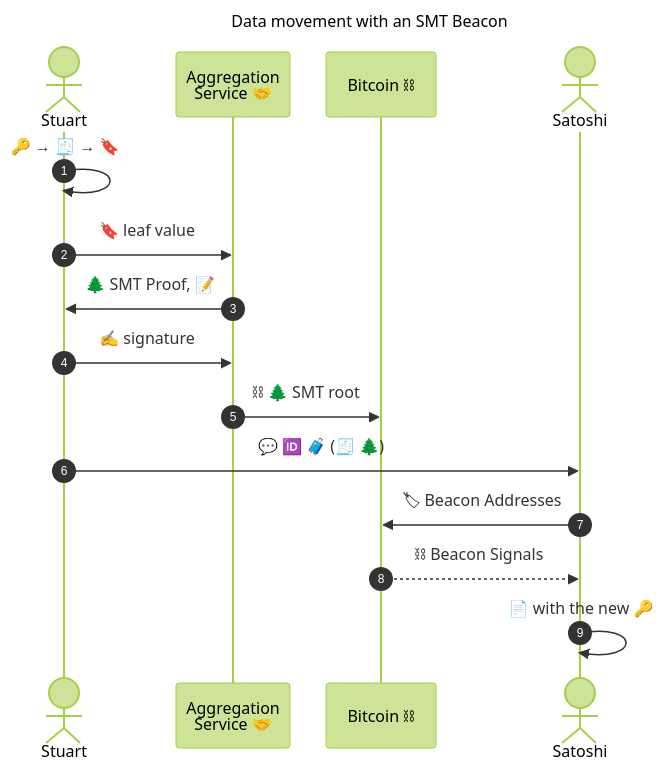
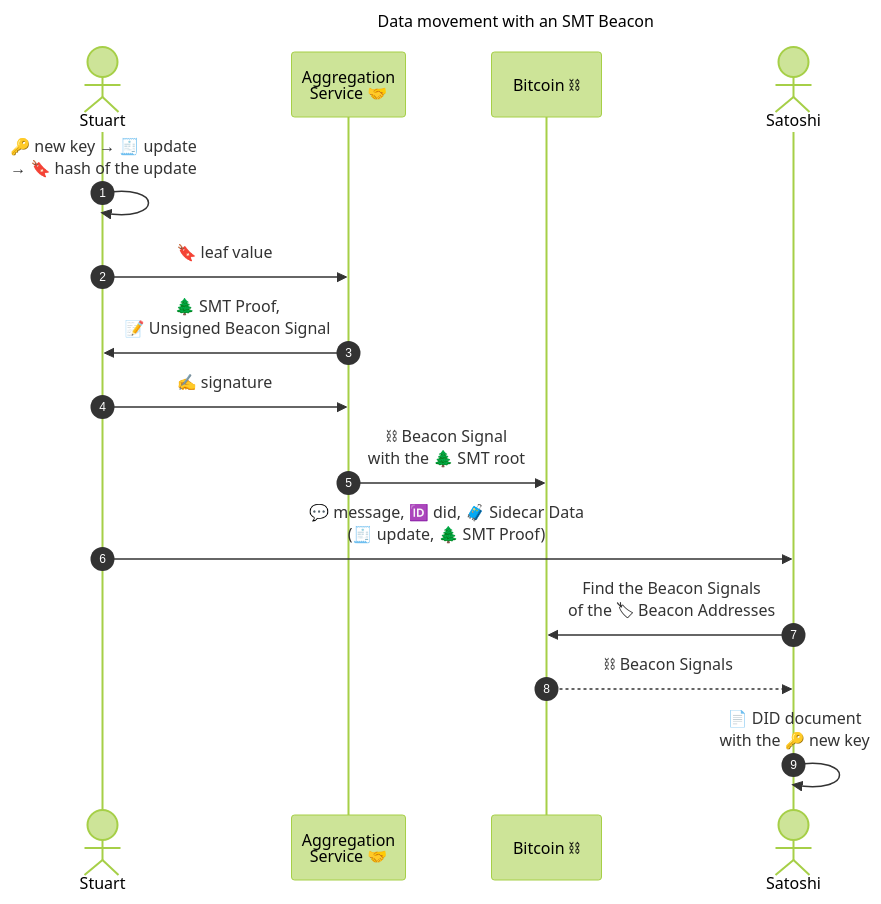
The diagram in public/diagrams/use-case/data-movement.mmd (dcdpr/website-btcr2-dev), drawn with Mermaid (forest theme) before and after one commit. The commit also changed 3 other files, not shown here.

First line of the commit message:
docs(diagrams): name the data in each message, not only icons

```diff
--- a/public/diagrams/use-case/data-movement.mmd
+++ b/public/diagrams/use-case/data-movement.mmd
@@ -1,28 +1,28 @@
 ---
 title: Data movement with an SMT Beacon
 config:
   sequence:
     actorMargin: 20
     width: 110
 ---
 
-%% Each message shows the icons of the data that moves. The page has the legend:
+%% Each message names the data that moves. An icon marks each data type. The page has the legend:
 %% 🔑 public key · 🧾 BTCR2 Signed Update · 🔖 32-byte hash · 🌲 SMT Proof · 📝 Unsigned Beacon Signal
 %% ✍ signature · ⛓ Beacon Signal · 🏷 Beacon Address · 🆔 did · 💬 channel message · 🧳 Sidecar Data · 📄 DID document
 
 sequenceDiagram
     autonumber
     actor Stu as Stuart
     participant AS as Aggregation<br/>Service 🤝
     participant BTC as Bitcoin ⛓
     actor Sat as Satoshi
 
-    Stu->>Stu: 🔑 → 🧾 → 🔖
+    Stu->>Stu: 🔑 new key → 🧾 update<br/>→ 🔖 hash of the update
     Stu->>AS: 🔖 leaf value
-    AS->>Stu: 🌲 SMT Proof, 📝
+    AS->>Stu: 🌲 SMT Proof,<br/>📝 Unsigned Beacon Signal
     Stu->>AS: ✍ signature
-    AS->>BTC: ⛓ 🌲 SMT root
-    Stu->>Sat: 💬 🆔 🧳 (🧾 🌲)
-    Sat->>BTC: 🏷 Beacon Addresses
+    AS->>BTC: ⛓ Beacon Signal<br/>with the 🌲 SMT root
+    Stu->>Sat: 💬 message, 🆔 did, 🧳 Sidecar Data<br/>(🧾 update, 🌲 SMT Proof)
+    Sat->>BTC: Find the Beacon Signals<br/>of the 🏷 Beacon Addresses
     BTC-->>Sat: ⛓ Beacon Signals
-    Sat->>Sat: 📄 with the new 🔑
+    Sat->>Sat: 📄 DID document<br/>with the 🔑 new key
```
